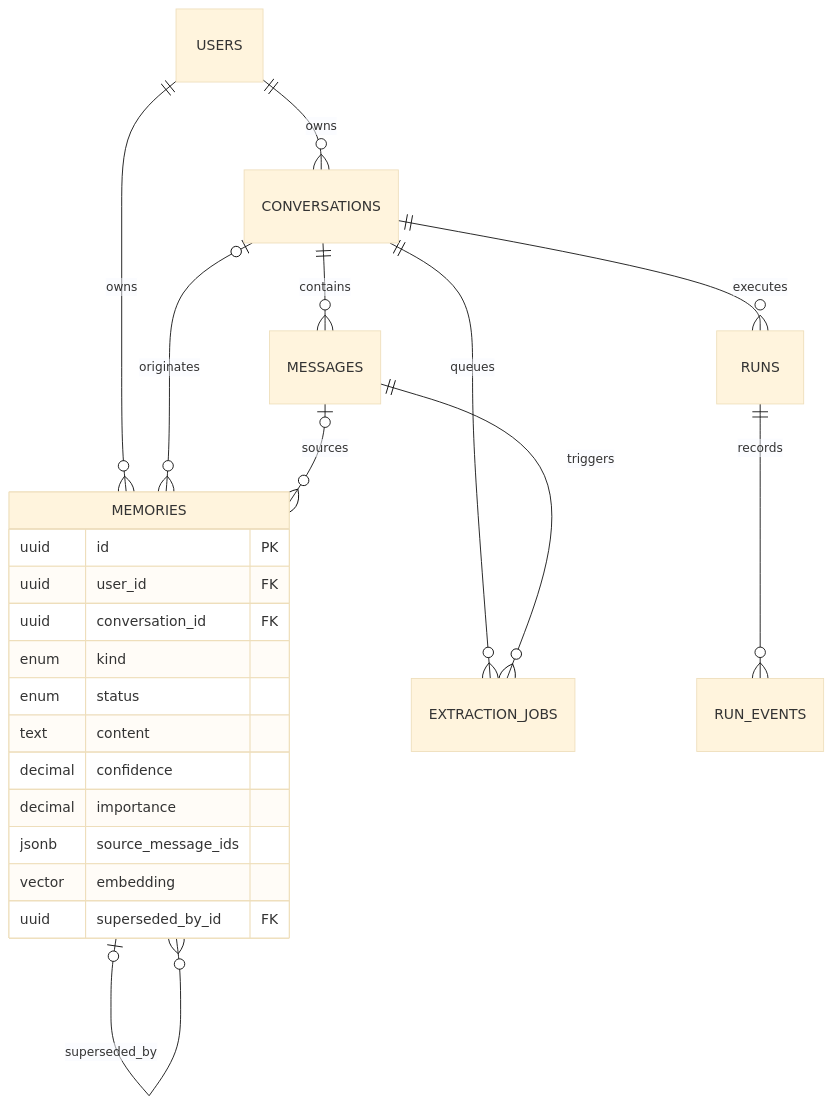
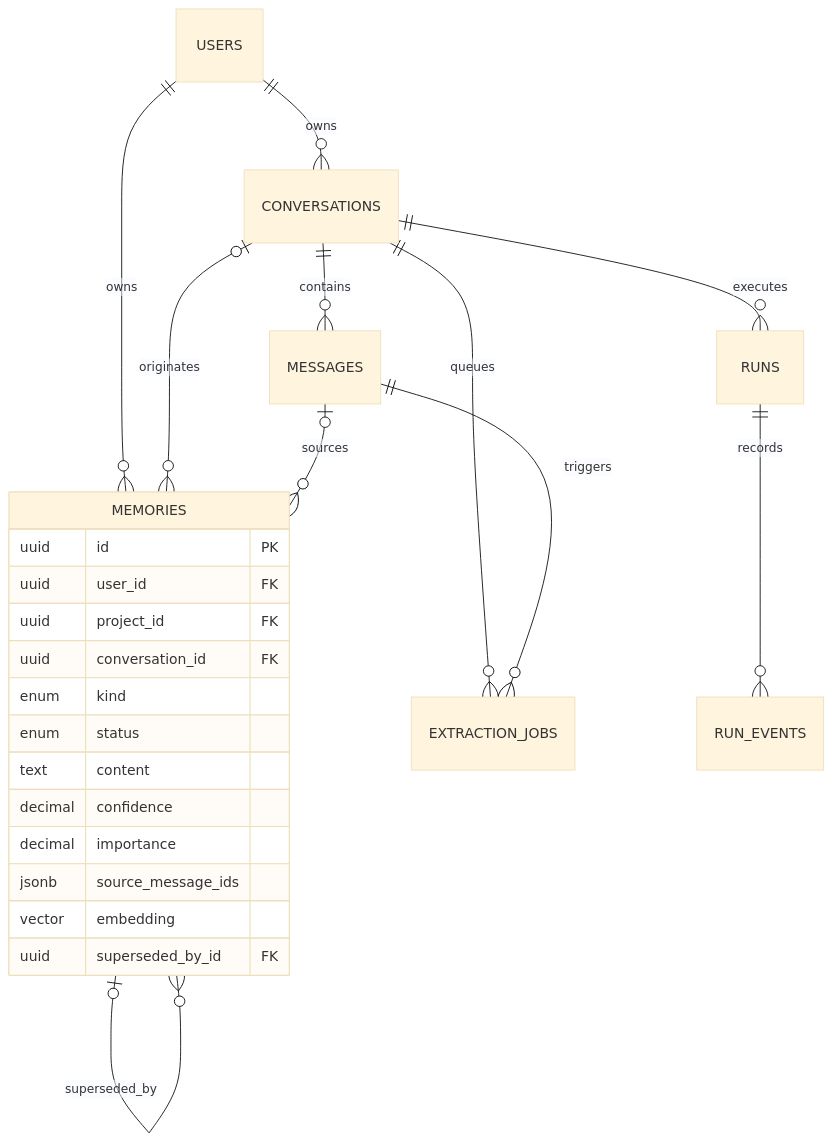
One commit to zhongjunqi7657/memory-agent changed the third of 3 diagrams in docs/architecture.md. Above: the diagram before and after it, drawn with Mermaid (base theme). The commit also changed other lines of this file and 42 other files, not shown here.

````diff
--- a/docs/architecture.md
+++ b/docs/architecture.md
@@ -53,27 +53,28 @@
 ```mermaid
 erDiagram
     USERS ||--o{ CONVERSATIONS : owns
     USERS ||--o{ MEMORIES : owns
     CONVERSATIONS ||--o{ MESSAGES : contains
     CONVERSATIONS ||--o{ RUNS : executes
     CONVERSATIONS ||--o{ EXTRACTION_JOBS : queues
     CONVERSATIONS o|--o{ MEMORIES : originates
     RUNS ||--o{ RUN_EVENTS : records
     MESSAGES o|--o{ MEMORIES : sources
     MESSAGES ||--o{ EXTRACTION_JOBS : triggers
     MEMORIES o|--o{ MEMORIES : superseded_by
 
     MEMORIES {
         uuid id PK
         uuid user_id FK
+        uuid project_id FK
         uuid conversation_id FK
         enum kind
         enum status
         text content
         decimal confidence
         decimal importance
         jsonb source_message_ids
         vector embedding
         uuid superseded_by_id FK
     }
 ```
````
